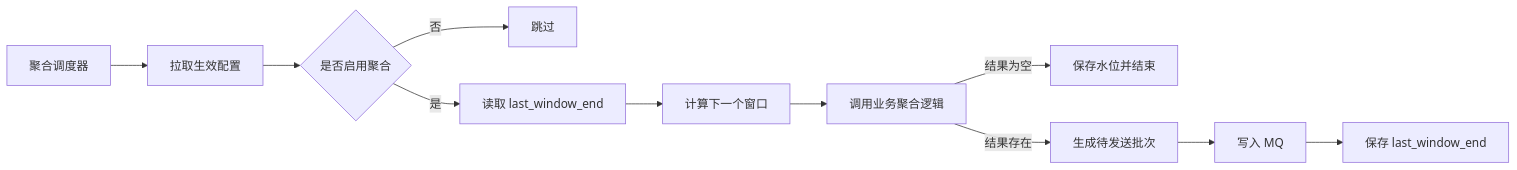
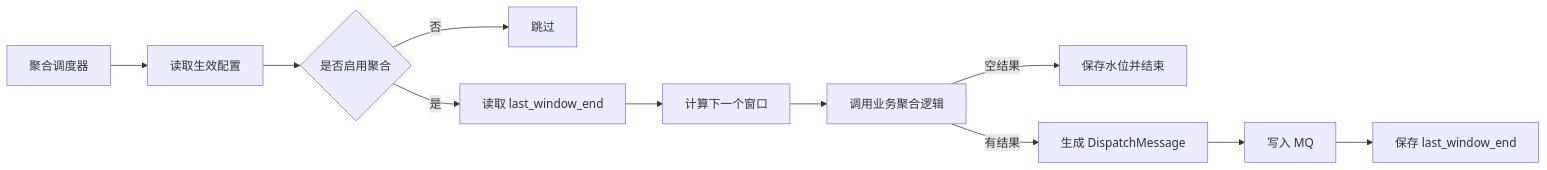
The second of 3 diagrams in AES通知执行层总体评审方案.md (zongqir/work), drawn with Mermaid before and after one commit. The commit also changed other lines of this file, not shown here.

````diff
--- a/AES通知执行层总体评审方案.md
+++ b/AES通知执行层总体评审方案.md
@@ -147,13 +115,13 @@
 ```mermaid
 flowchart LR
-    A[聚合调度器] --> B[拉取生效配置]
+    A[聚合调度器] --> B[读取生效配置]
     B --> C{是否启用聚合}
     C -->|否| D[跳过]
     C -->|是| E[读取 last_window_end]
     E --> F[计算下一个窗口]
     F --> G[调用业务聚合逻辑]
-    G -->|结果为空| H[保存水位并结束]
-    G -->|结果存在| I[生成待发送批次]
+    G -->|空结果| H[保存水位并结束]
+    G -->|有结果| I[生成 DispatchMessage]
     I --> J[写入 MQ]
     J --> K[保存 last_window_end]
 ```
````
